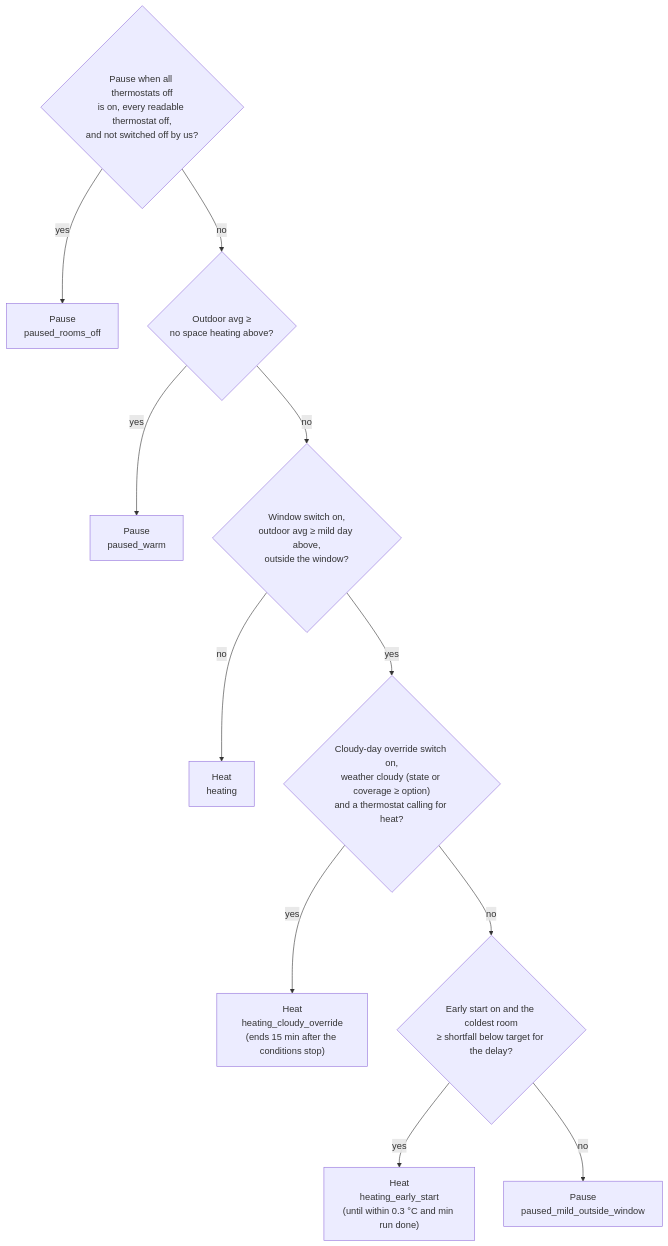
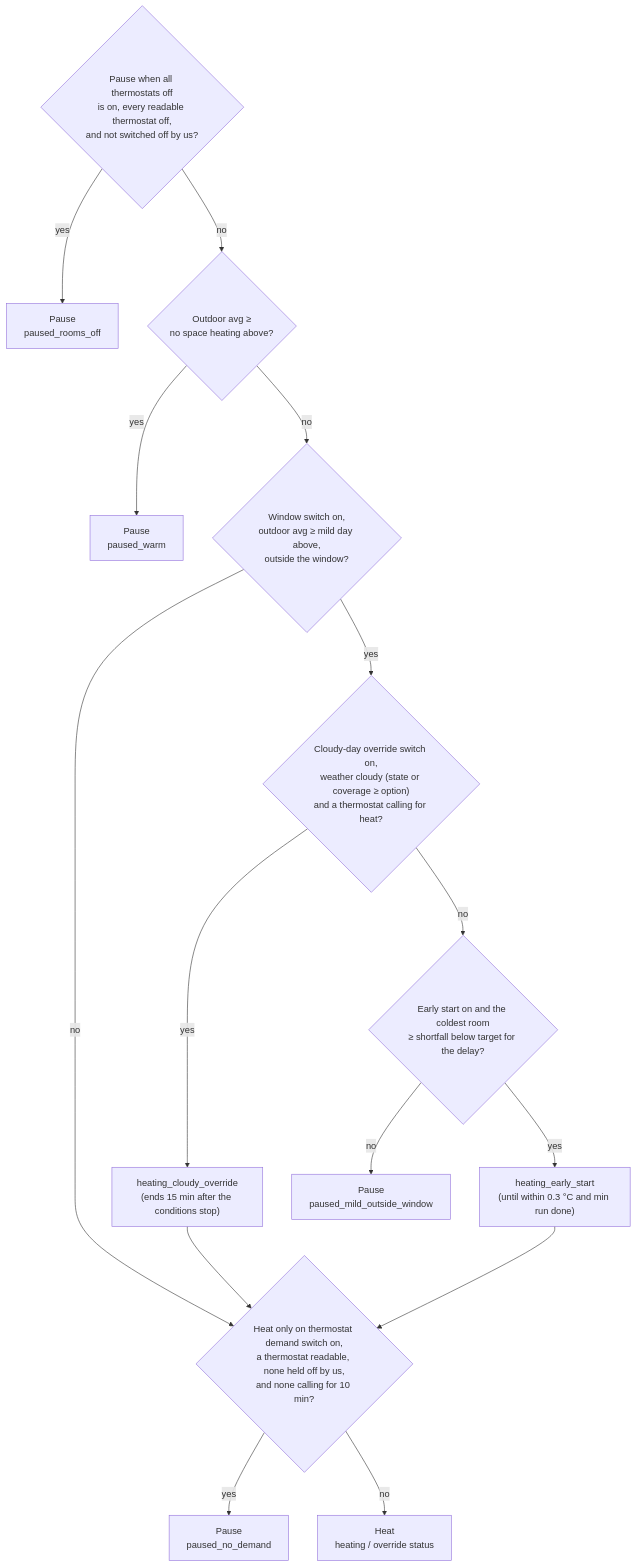
The second of 4 diagrams in docs/smart-heating-logic.md (cocooma/daikin_dcom), drawn with Mermaid before and after one commit. The commit also changed other lines of this file and 7 other files, not shown here.

First line of the commit message:
Add 'heat only on thermostat demand' switch

````diff
--- a/docs/smart-heating-logic.md
+++ b/docs/smart-heating-logic.md
@@ -41,14 +42,17 @@
 ```mermaid
 flowchart TD
     q0{"Pause when all thermostats off<br/>is on, every readable thermostat off,<br/>and not switched off by us?"}
     q0 -- yes --> roomsoff["Pause<br/>paused_rooms_off"]
     q0 -- no --> q1{"Outdoor avg ≥<br/>no space heating above?"}
     q1 -- yes --> warm["Pause<br/>paused_warm"]
     q1 -- no --> q2{"Window switch on,<br/>outdoor avg ≥ mild day above,<br/>outside the window?"}
-    q2 -- no --> heat["Heat<br/>heating"]
+    q2 -- no --> dem
     q2 -- yes --> q3{"Cloudy-day override switch on,<br/>weather cloudy (state or coverage ≥ option)<br/>and a thermostat calling for heat?"}
-    q3 -- yes --> cloudy["Heat<br/>heating_cloudy_override<br/>(ends 15 min after the conditions stop)"]
+    q3 -- yes --> cloudy["heating_cloudy_override<br/>(ends 15 min after the conditions stop)"] --> dem
     q3 -- no --> q4{"Early start on and the coldest room<br/>≥ shortfall below target for the delay?"}
-    q4 -- yes --> early["Heat<br/>heating_early_start<br/>(until within 0.3 °C and min run done)"]
+    q4 -- yes --> early["heating_early_start<br/>(until within 0.3 °C and min run done)"] --> dem
     q4 -- no --> mild["Pause<br/>paused_mild_outside_window"]
+    dem{"Heat only on thermostat demand switch on,<br/>a thermostat readable, none held off by us,<br/>and none calling for 10 min?"}
+    dem -- yes --> nodemand["Pause<br/>paused_no_demand"]
+    dem -- no --> heat["Heat<br/>heating / override status"]
 ```
````
